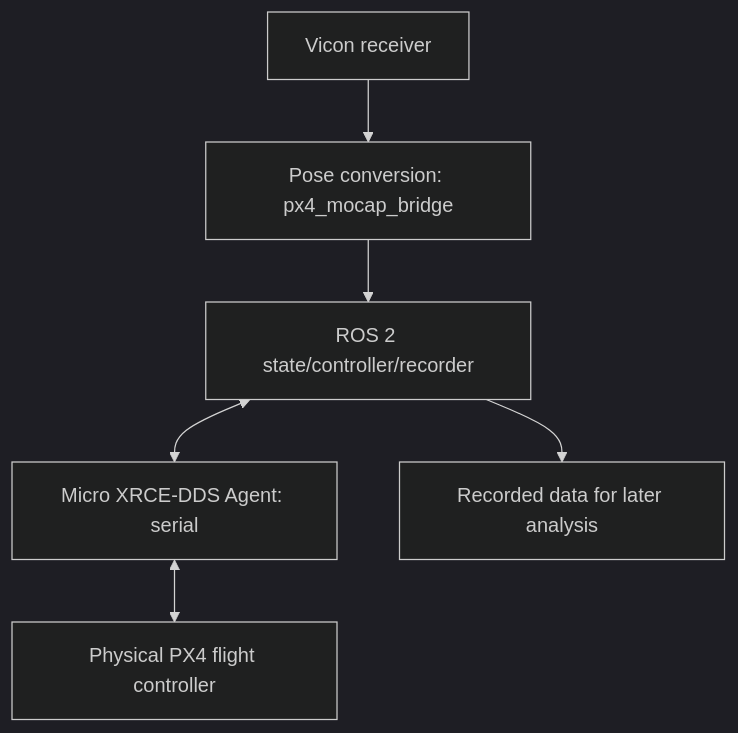
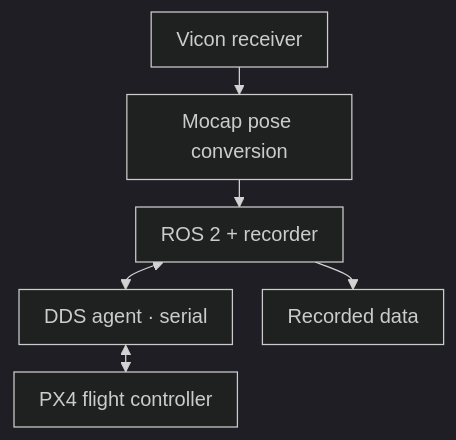
One commit to ANCL/px4-dev-toolkit changed the second of 2 diagrams in docs/reference/architecture.md. Above: the diagram before and after it, drawn with Mermaid (dark theme). The commit also changed other lines of this file and 41 other files, not shown here.

Commit message:
docs: refine typography, diagrams, and editorial presentation

````diff
--- a/docs/reference/architecture.md
+++ b/docs/reference/architecture.md
@@ -26,8 +35,17 @@
 ```mermaid
+---
+config:
+  flowchart:
+    useMaxWidth: false
+    wrappingWidth: 140
+    padding: 10
+    rankSpacing: 22
+    nodeSpacing: 24
+---
 flowchart TB
-    V[Vicon receiver] --> C[Pose conversion: px4_mocap_bridge]
-    C --> R[ROS 2 state/controller/recorder]
-    R <--> X[Micro XRCE-DDS Agent: serial]
-    X <--> P[Physical PX4 flight controller]
-    R --> B[Recorded data for later analysis]
+    V["Vicon receiver"] --> C["Mocap pose conversion"]
+    C --> R["ROS 2 + recorder"]
+    R <--> X["DDS agent · serial"]
+    X <--> P["PX4 flight controller"]
+    R --> B["Recorded data"]
 ```
````
